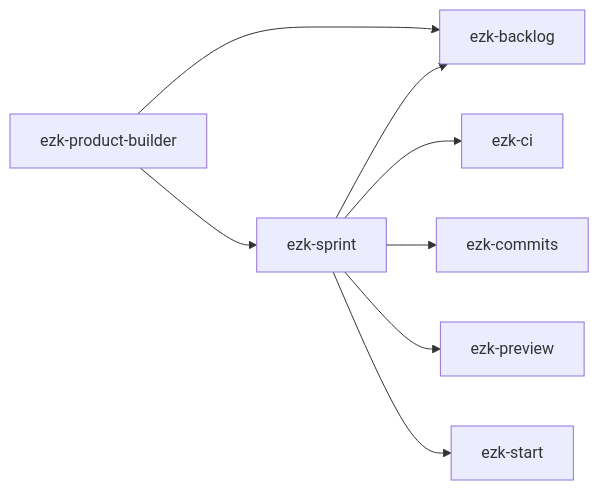
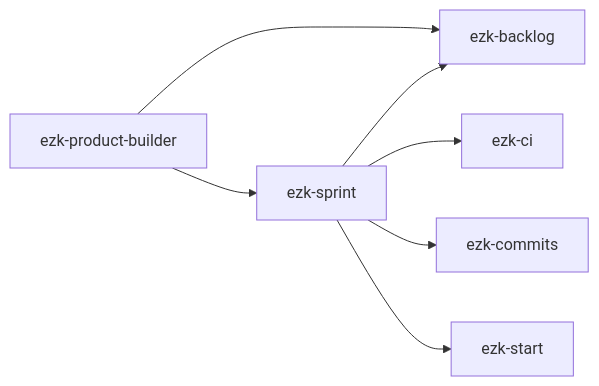
Before and after one commit to elzinko/vectorz: the diagram in products/mega-city/skills/README.md, drawn with Mermaid. The commit also changed 1 other file, not shown here.

Commit message:
fix(0149): retirer ezk-preview des composes requis d'ezk-sprint
Retour Codex (PR #121, P2) : ezk-preview est une intégration OPTIONNELLE/candidate
(cf. skills/ezk-preview/SKILL.md), pas une dépendance requise ; le profil daily
l'exclut intentionnellement. L'annoter en composes REQUIS émettait un faux warning
« ezk-preview manquant » au bind de daily. Retiré + graphe Mermaid régénéré.

````diff
--- a/products/mega-city/skills/README.md
+++ b/products/mega-city/skills/README.md
@@ -50,10 +50,9 @@
 ```mermaid
 flowchart LR
     ezk-product-builder --> ezk-backlog
     ezk-product-builder --> ezk-sprint
     ezk-sprint --> ezk-backlog
     ezk-sprint --> ezk-ci
     ezk-sprint --> ezk-commits
-    ezk-sprint --> ezk-preview
     ezk-sprint --> ezk-start
 ```
````
